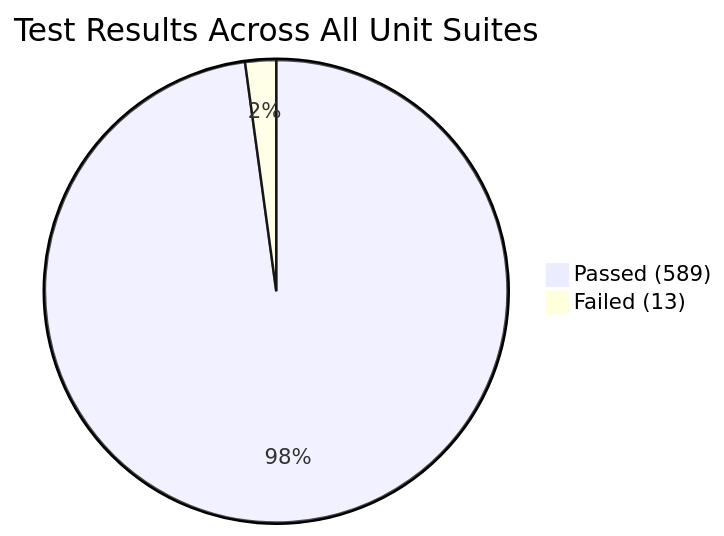
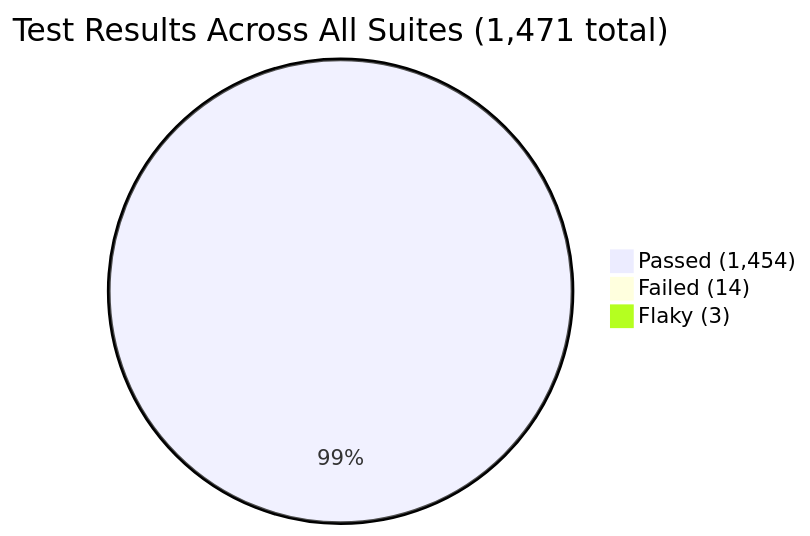
One commit to gjw/treasury-ship changed the first of 4 diagrams in audit/test-coverage.md. Above: the diagram before and after it, drawn with Mermaid. The commit also changed other lines of this file and 3 other files, not shown here.

Commit message:
Add E2E results, web coverage config, critical flow mapping to test audit (treasury-ship-jqt)

````diff
--- a/audit/test-coverage.md
+++ b/audit/test-coverage.md
@@ -247,5 +278,6 @@
 ```mermaid
-pie title Test Results Across All Unit Suites
-    "Passed (589)" : 589
-    "Failed (13)" : 13
+pie title Test Results Across All Suites (1,471 total)
+    "Passed (1,454)" : 1454
+    "Failed (14)" : 14
+    "Flaky (3)" : 3
 ```
````
